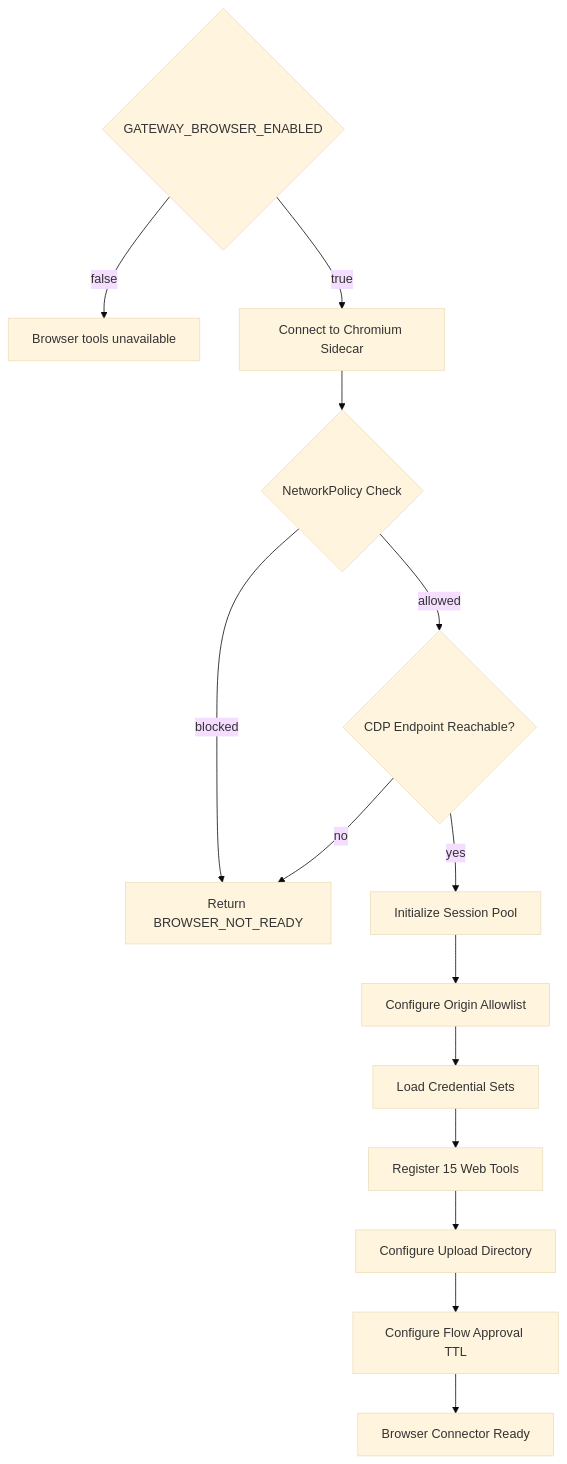
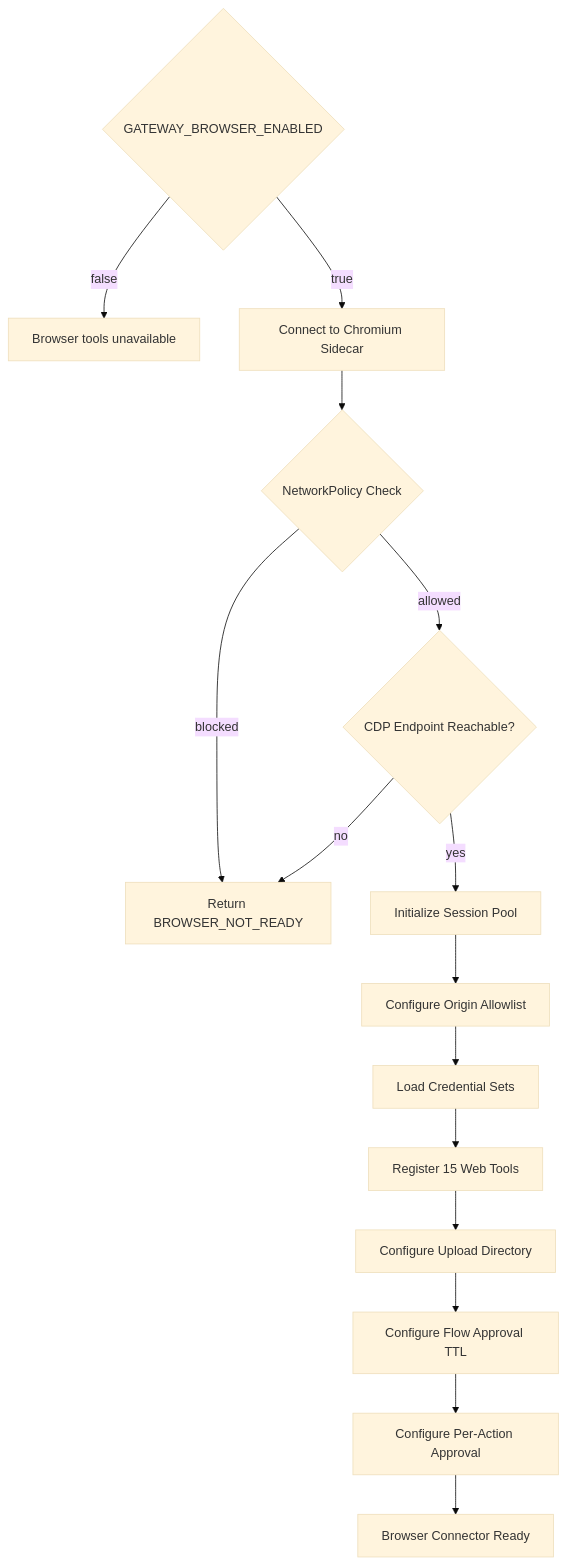
Before and after one commit to metasync/luban-aiops: the fourth of 24 diagrams in .qoder/repowiki/en/content/Tool Gateway Service/Configuration and Environment Setup.md, drawn with Mermaid (base theme). The commit also changed other lines of this file and 47 other files, not shown here.

````diff
--- a/.qoder/repowiki/en/content/Tool Gateway Service/Configuration and Environment Setup.md
+++ b/.qoder/repowiki/en/content/Tool Gateway Service/Configuration and Environment Setup.md
@@ -604,16 +644,17 @@
 ```mermaid
 flowchart TD
 Enabled{"GATEWAY_BROWSER_ENABLED"} --> |false| Disabled["Browser tools unavailable"]
 Enabled --> |true| Connect["Connect to Chromium Sidecar"]
 Connect --> NetPol{"NetworkPolicy Check"}
 NetPol --> |blocked| NotReady["Return BROWSER_NOT_READY"]
 NetPol --> |allowed| CDP{"CDP Endpoint Reachable?"}
 CDP --> |no| NotReady
 CDP --> |yes| Sessions["Initialize Session Pool"]
 Sessions --> AllowOrigins["Configure Origin Allowlist"]
 AllowOrigins --> CredentialSets["Load Credential Sets"]
 CredentialSets --> Tools["Register 15 Web Tools"]
 Tools --> UploadDir["Configure Upload Directory"]
 UploadDir --> FlowApproval["Configure Flow Approval TTL"]
-FlowApproval --> Ready["Browser Connector Ready"]
+FlowApproval --> PerActionApproval["Configure Per-Action Approval"]
+PerActionApproval --> Ready["Browser Connector Ready"]
 ```
````
